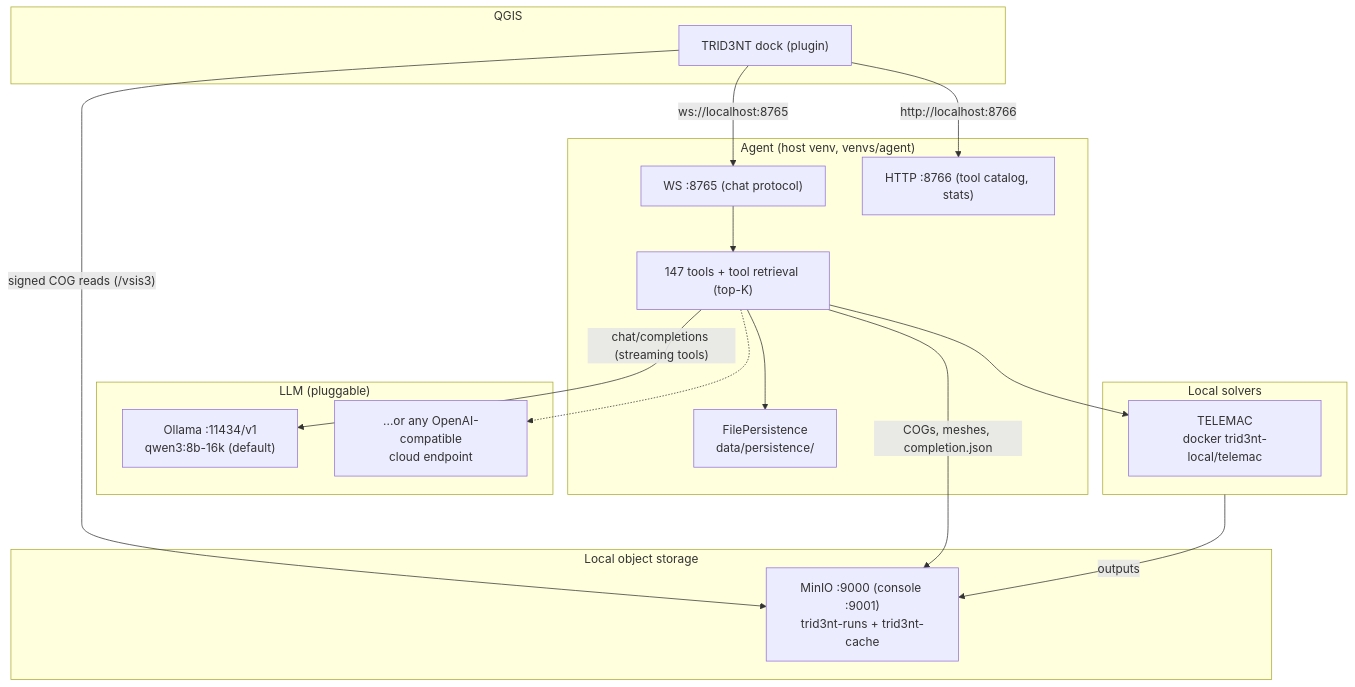
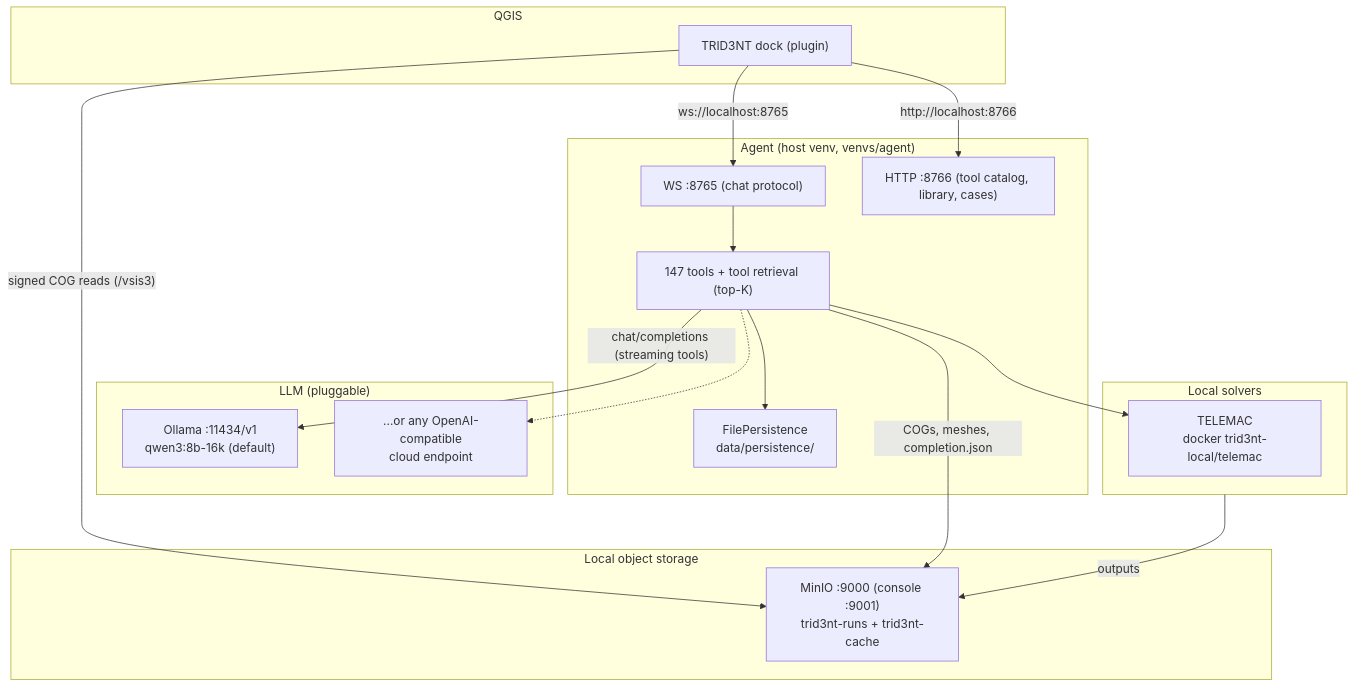
Before and after one commit to double-r-squared/trid3nt-qgis-plugin: the diagram in docs/site/overview.md, drawn with Mermaid. The commit also changed 28 other files, not shown here.

````diff
--- a/docs/site/overview.md
+++ b/docs/site/overview.md
@@ -39,37 +39,37 @@
 ```mermaid
 graph TD
     subgraph Client["QGIS"]
         Dock["TRID3NT dock (plugin)"]
     end
 
     subgraph Agent["Agent (host venv, venvs/agent)"]
         WS["WS :8765 (chat protocol)"]
-        HTTP["HTTP :8766 (tool catalog, stats)"]
+        HTTP["HTTP :8766 (tool catalog, library, cases)"]
         Tools["147 tools + tool retrieval (top-K)"]
         FP["FilePersistence\ndata/persistence/"]
     end
 
     subgraph LLM["LLM (pluggable)"]
         Ollama["Ollama :11434/v1\nqwen3:8b-16k (default)"]
         CloudAPI["...or any OpenAI-compatible\ncloud endpoint"]
     end
 
     subgraph Storage["Local object storage"]
         MinIO["MinIO :9000 (console :9001)\ntrid3nt-runs + trid3nt-cache"]
     end
 
     subgraph Solvers["Local solvers"]
         TELEMAC["TELEMAC\ndocker trid3nt-local/telemac"]
     end
 
     Dock -- "ws://localhost:8765" --> WS
     Dock -- "http://localhost:8766" --> HTTP
     Dock -- "signed COG reads (/vsis3)" --> MinIO
     WS --> Tools
     Tools -- "chat/completions (streaming tools)" --> Ollama
     Tools -.-> CloudAPI
     Tools --> FP
     Tools -- "COGs, meshes, completion.json" --> MinIO
     Tools --> TELEMAC
     Solvers -- "outputs" --> MinIO
 ```
````
